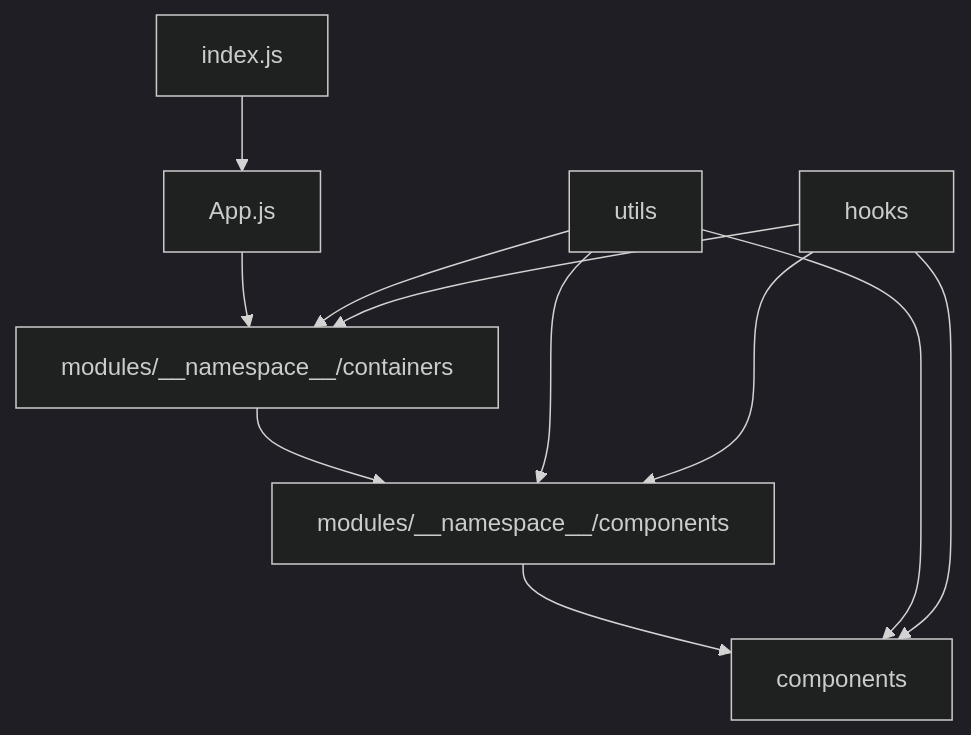
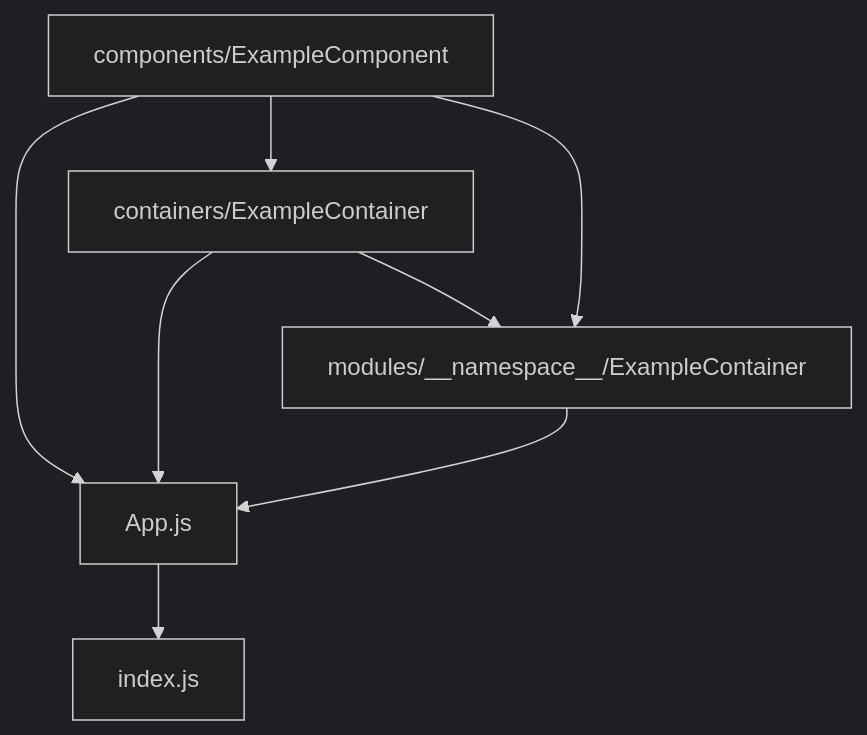
One commit to Speira/base-react-sample changed the diagram in README.md. Above: the diagram before and after it, drawn with Mermaid (dark theme). The commit also changed other lines of this file, not shown here.

````diff
--- a/README.md
+++ b/README.md
@@ -14,11 +13,11 @@
 ```mermaid
 graph TD
-  index.js --> App.js
-  App.js --> modules/__namespace__/containers;
-  modules/__namespace__/containers --> modules/__namespace__/components;
-  modules/__namespace__/components --> components;
-  utils & hooks --> modules/__namespace__/containers;
-  utils & hooks --> modules/__namespace__/components;
-  utils & hooks --> components;
+  App.js --> index.js
+  components/ExampleComponent --> App.js;
+  containers/ExampleContainer --> App.js;
+  modules/__namespace__/ExampleContainer --> App.js;
+  components/ExampleComponent --> containers/ExampleContainer;
+  components/ExampleComponent --> modules/__namespace__/ExampleContainer;
+  containers/ExampleContainer --> modules/__namespace__/ExampleContainer
 
 ```
````
